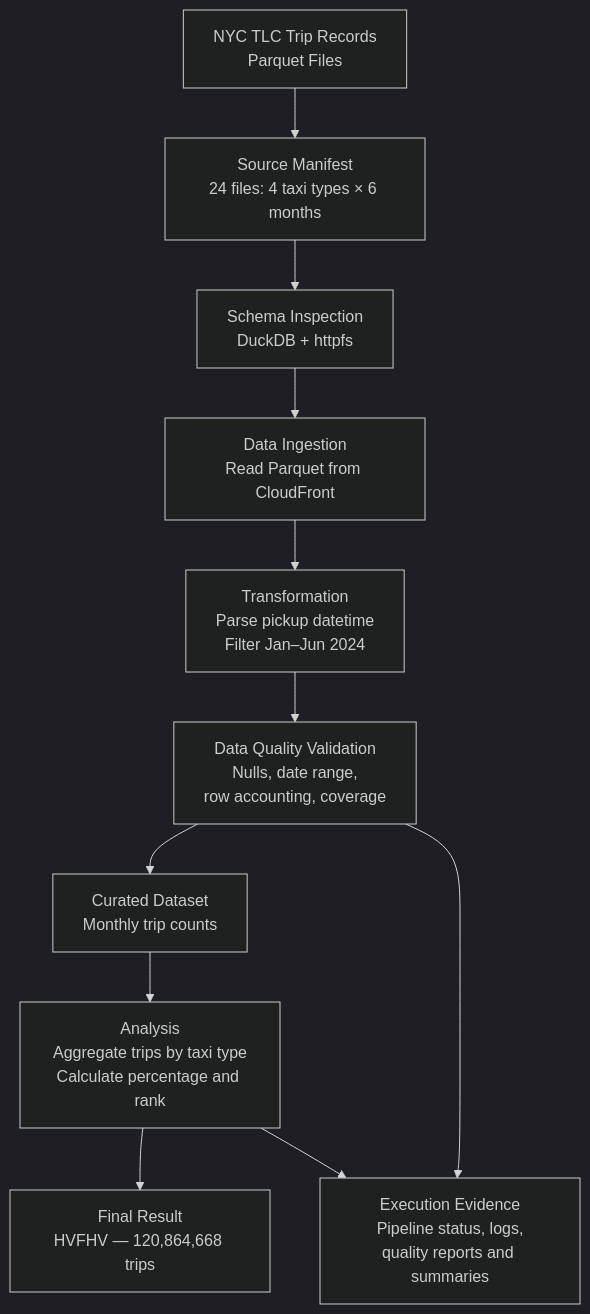
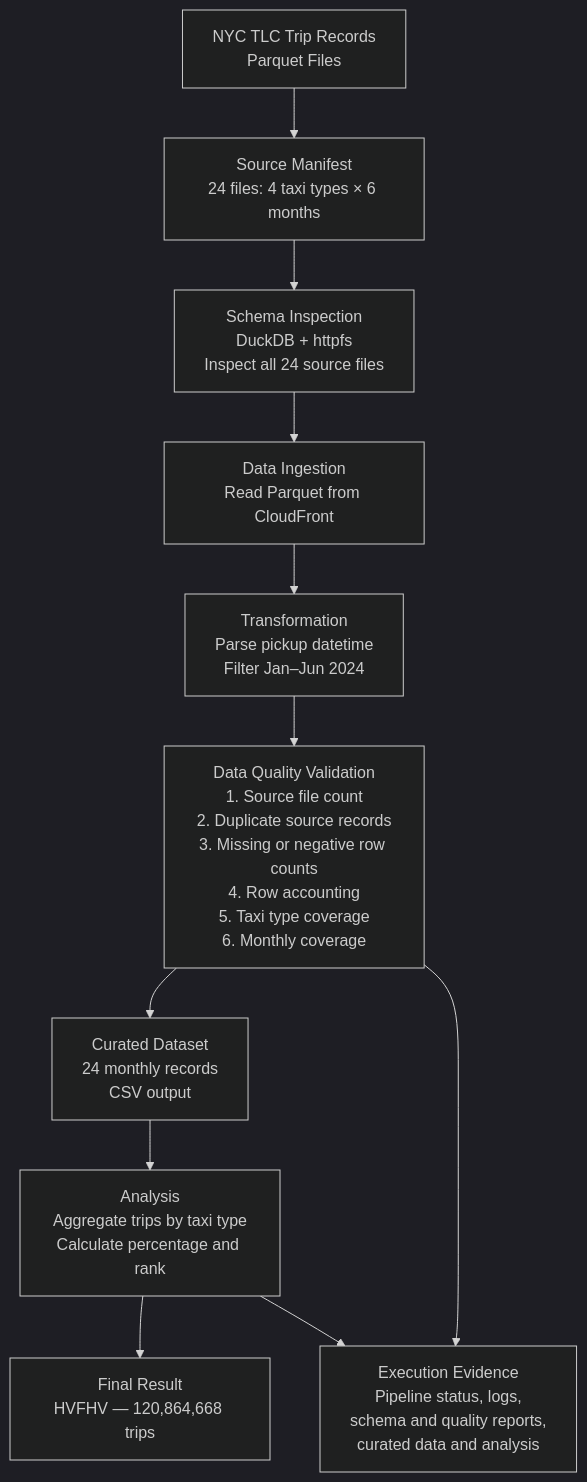
One commit to Burapa03/nyc-taxi-data-pipeline changed the diagram in docs/pipeline_diagram.md. Above: the diagram before and after it, drawn with Mermaid (dark theme). The commit also changed other lines of this file and 8 other files, not shown here.

Commit message:
Improve pipeline validation and documentation

````diff
--- a/docs/pipeline_diagram.md
+++ b/docs/pipeline_diagram.md
@@ -4,24 +3,24 @@
 ```mermaid
 flowchart TD
     A["NYC TLC Trip Records<br/>Parquet Files"]
     B["Source Manifest<br/>24 files: 4 taxi types × 6 months"]
-    C["Schema Inspection<br/>DuckDB + httpfs"]
+    C["Schema Inspection<br/>DuckDB + httpfs<br/>Inspect all 24 source files"]
     D["Data Ingestion<br/>Read Parquet from CloudFront"]
     E["Transformation<br/>Parse pickup datetime<br/>Filter Jan–Jun 2024"]
-    F["Data Quality Validation<br/>Nulls, date range,<br/>row accounting, coverage"]
-    G["Curated Dataset<br/>Monthly trip counts"]
+    F["Data Quality Validation<br/>1. Source file count<br/>2. Duplicate source records<br/>3. Missing or negative row counts<br/>4. Row accounting<br/>5. Taxi type coverage<br/>6. Monthly coverage"]
+    G["Curated Dataset<br/>24 monthly records<br/>CSV output"]
     H["Analysis<br/>Aggregate trips by taxi type<br/>Calculate percentage and rank"]
     I["Final Result<br/>HVFHV — 120,864,668 trips"]
-    J["Execution Evidence<br/>Pipeline status, logs,<br/>quality reports and summaries"]
+    J["Execution Evidence<br/>Pipeline status, logs,<br/>schema and quality reports,<br/>curated data and analysis"]
 
     A --> B
     B --> C
     C --> D
     D --> E
     E --> F
     F --> G
     G --> H
     H --> I
     F --> J
     H --> J
 ```
````
